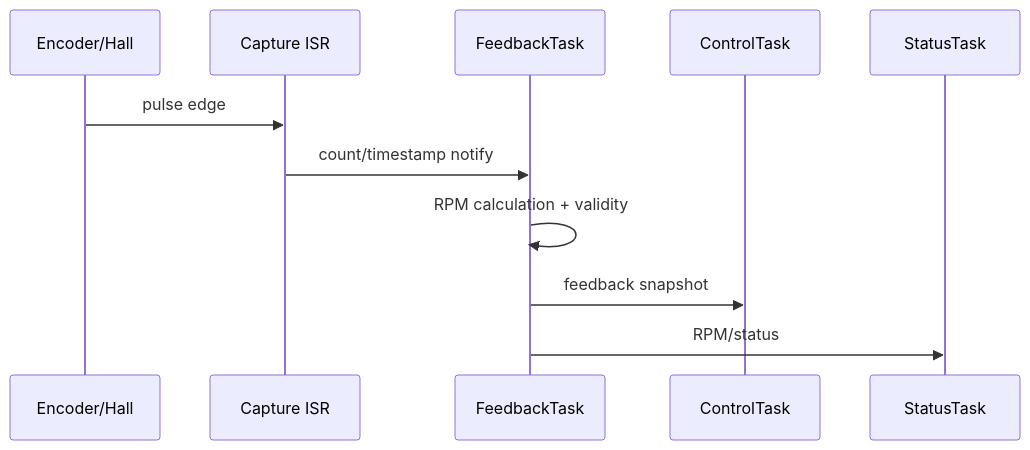
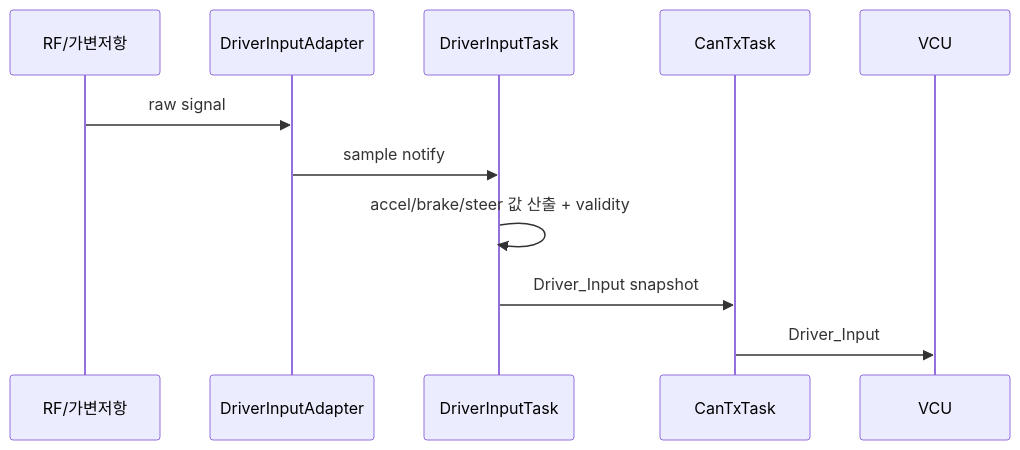
One commit to sunmaan22/SDV_MCU_Project changed the third of 5 diagrams in docs/ecus/Motor_Steering_Control/ARCHITECTURE.md. Above: the diagram before and after it, drawn with Mermaid. The commit also changed other lines of this file and 28 other files, not shown here.

````diff
--- a/docs/ecus/Motor_Steering_Control/ARCHITECTURE.md
+++ b/docs/ecus/Motor_Steering_Control/ARCHITECTURE.md
@@ -322,14 +330,14 @@
 ```mermaid
 sequenceDiagram
-    participant ENC as Encoder/Hall
-    participant ISR as Capture ISR
-    participant FB as FeedbackTask
-    participant CTRL as ControlTask
-    participant ST as StatusTask
+    participant IN as RF/가변저항
+    participant ADC as DriverInputAdapter
+    participant DI as DriverInputTask
+    participant TX as CanTxTask
+    participant VCU
 
-    ENC->>ISR: pulse edge
-    ISR->>FB: count/timestamp notify
-    FB->>FB: RPM calculation + validity
-    FB->>CTRL: feedback snapshot
-    FB->>ST: RPM/status
+    IN->>ADC: raw signal
+    ADC->>DI: sample notify
+    DI->>DI: accel/brake/steer 값 산출 + validity
+    DI->>TX: Driver_Input snapshot
+    TX->>VCU: Driver_Input
 ```
````
